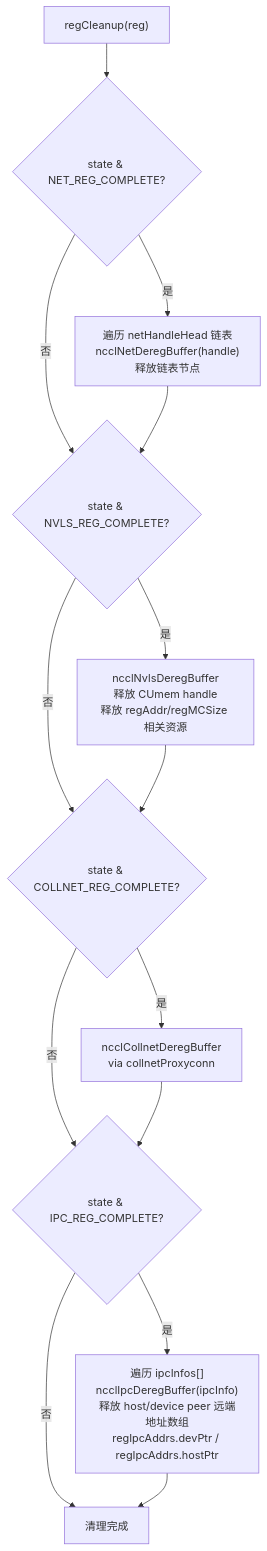
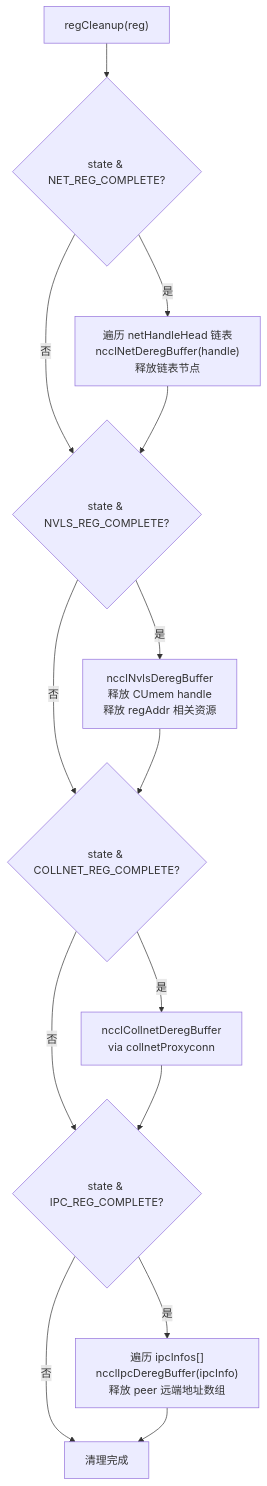
Before and after one commit to s0okiym/share: the fourth of 5 diagrams in dd_nccl_glm5.1/10-buffer-registration.md, drawn with Mermaid. The commit also changed other lines of this file and 19 other files, not shown here.

````diff
--- a/dd_nccl_glm5.1/10-buffer-registration.md
+++ b/dd_nccl_glm5.1/10-buffer-registration.md
@@ -118,19 +112,19 @@
 ```mermaid
 flowchart TD
-    A["regCleanup(reg)"] --> B{state & NET_REG_COMPLETE?}
+    A["regCleanup(reg)"] --> B{"state & NET_REG_COMPLETE?"}
     B -->|"是"| C["遍历 netHandleHead 链表\nncclNetDeregBuffer(handle)\n释放链表节点"]
-    B -->|"否"| D{state & NVLS_REG_COMPLETE?}
+    B -->|"否"| D{"state & NVLS_REG_COMPLETE?"}
     C --> D
 
-    D -->|"是"| E["ncclNvlsDeregBuffer\n释放 CUmem handle\n释放 regAddr/regMCSize 相关资源"]
-    D -->|"否"| F{state & COLLNET_REG_COMPLETE?}
+    D -->|"是"| E["ncclNvlsDeregBuffer\n释放 CUmem handle\n释放 regAddr 相关资源"]
+    D -->|"否"| F{"state & COLLNET_REG_COMPLETE?"}
     E --> F
 
     F -->|"是"| G["ncclCollnetDeregBuffer\nvia collnetProxyconn"]
-    F -->|"否"| H{state & IPC_REG_COMPLETE?}
+    F -->|"否"| H{"state & IPC_REG_COMPLETE?"}
     G --> H
 
-    H -->|"是"| I["遍历 ipcInfos[]\nncclIpcDeregBuffer(ipcInfo)\n释放 host/device peer 远端地址数组\nregIpcAddrs.devPtr / regIpcAddrs.hostPtr"]
+    H -->|"是"| I["遍历 ipcInfos[]\nncclIpcDeregBuffer(ipcInfo)\n释放 peer 远端地址数组"]
     H -->|"否"| J["清理完成"]
     I --> J
 ```
````
